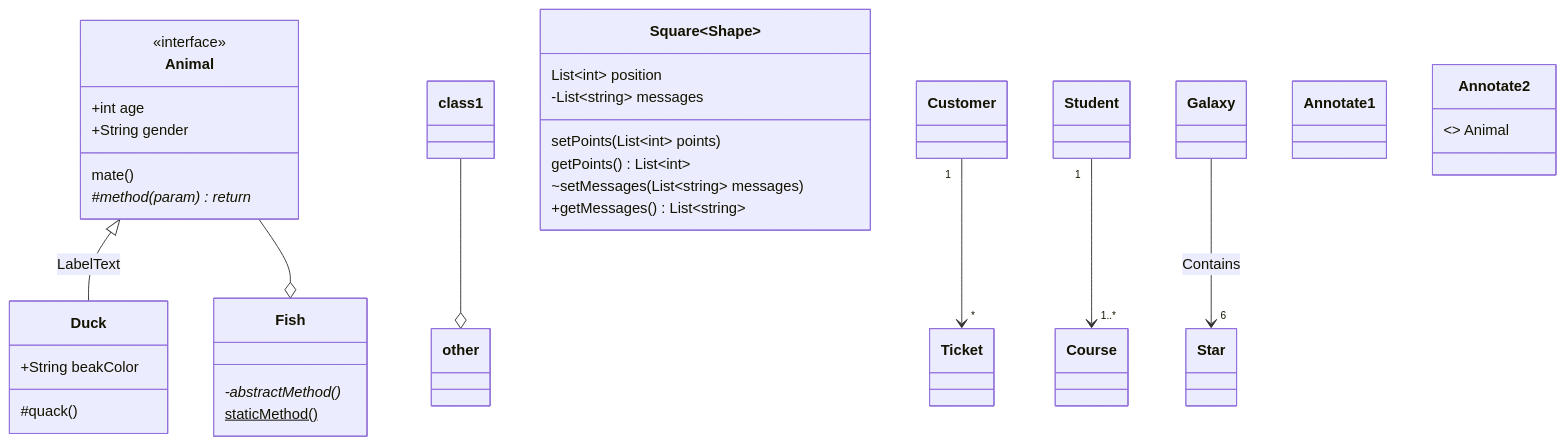
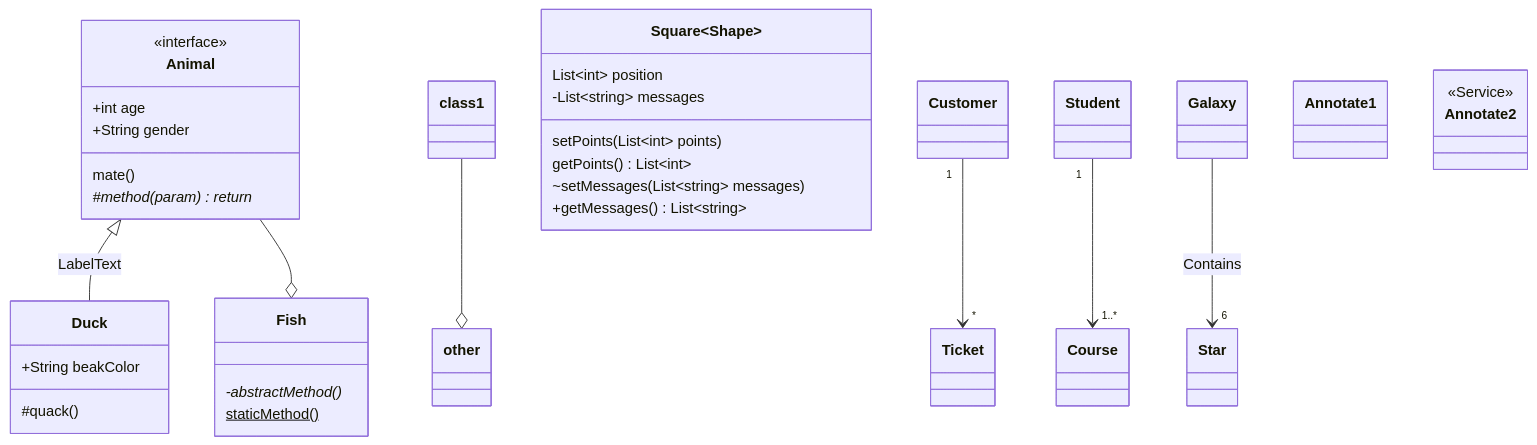
The fifth of 5 diagrams in README.md (bpruitt-goddard/vscode-mermaid-syntax-highlight), drawn with Mermaid before and after one commit. The commit also changed other lines of this file and 2 other files, not shown here.

Commit message:
feat: Add class annotations

````diff
--- a/README.md
+++ b/README.md
@@ -168,41 +168,41 @@
 ```mermaid
 classDiagram
   Animal <|-- Duck : LabelText
   class1 --o other
   Animal --o Fish
   Animal : +int age
   Animal : +String gender
   Animal: mate()
   Animal : #method(param)* return
   class Duck{
       %% Class Members
       +String beakColor
       #quack()
   }
   class Fish{
       -abstractMethod()*
       staticMethod()$
   }
   %% Class member generics
   class Square~Shape~{
       List~int~ position
       setPoints(List~int~ points)
       getPoints() List~int~
   }
   Square : -List~string~ messages
   Square : ~setMessages(List~string~ messages)
   Square : +getMessages() List~string~
 
   %% Multiplicity relations
   Customer "1" --> "*" Ticket
   Student "1" --> "1..*" Course
   Galaxy --> "6" Star : Contains
 
   %% Annotations
   class Annotate1
   <<interface>> Animal
 
   class Annotate2{
-    <<interface>> Animal
+    <<Service>>
   }
 ```
````
